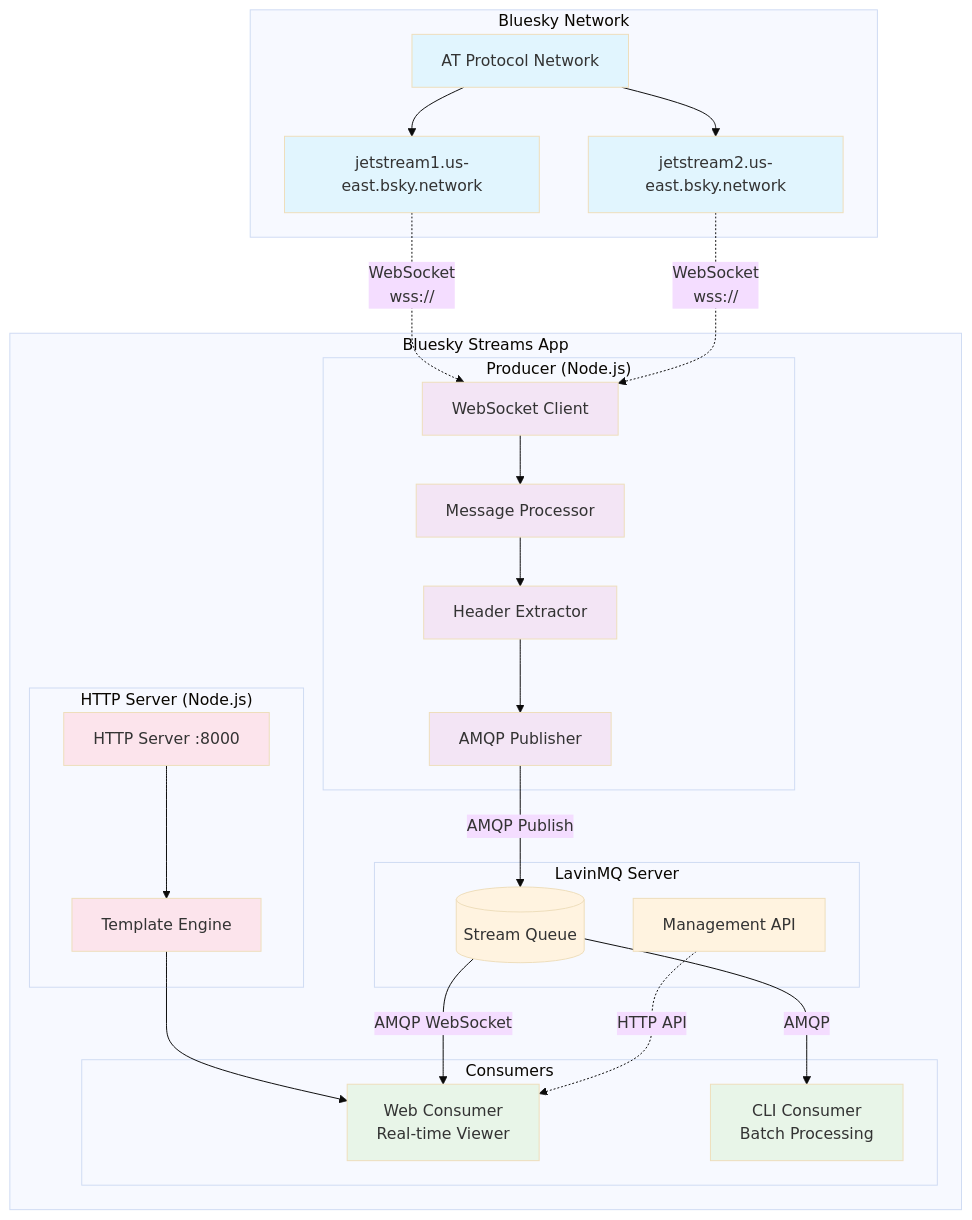
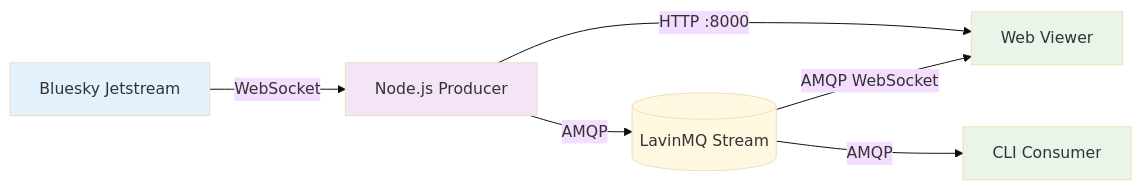
One commit to jage/bluesky-jetstream-to-lavinmq changed the diagram in README.md. Above: the diagram before and after it, drawn with Mermaid (base theme). The commit also changed other lines of this file, not shown here.

Commit message:
Simplify mermaid graph

````diff
--- a/README.md
+++ b/README.md
@@ -10,63 +10,19 @@
 ```mermaid
-graph TB
-    subgraph "Bluesky Network"
-        ATProto[AT Protocol Network]
-        Jetstream1[jetstream1.us-east.bsky.network]
-        Jetstream2[jetstream2.us-east.bsky.network]
-        ATProto --> Jetstream1
-        ATProto --> Jetstream2
-    end
-
-    subgraph "Bluesky Streams App"
-        subgraph "Producer (Node.js)"
-            WSClient[WebSocket Client]
-            MessageProcessor[Message Processor]
-            HeaderExtractor[Header Extractor]
-            AMQPPublisher[AMQP Publisher]
-        end
-        
-        subgraph "LavinMQ Server"
-            Queue[(Stream Queue)]
-            Management[Management API]
-        end
-        
-        subgraph "HTTP Server (Node.js)"
-            HTTPServer[HTTP Server :8000]
-            TemplateEngine[Template Engine]
-        end
-        
-        subgraph "Consumers"
-            WebConsumer[Web Consumer<br/>Real-time Viewer]
-            CLIConsumer[CLI Consumer<br/>Batch Processing]
-        end
-    end
-    
-    %% Data Flow
-    Jetstream1 -.->|WebSocket<br/>wss://| WSClient
-    Jetstream2 -.->|WebSocket<br/>wss://| WSClient
-    
-    WSClient --> MessageProcessor
-    MessageProcessor --> HeaderExtractor
-    HeaderExtractor --> AMQPPublisher
-    AMQPPublisher -->|AMQP Publish| Queue
-    
-    HTTPServer --> TemplateEngine
-    TemplateEngine --> WebConsumer
-    
-    Queue -->|AMQP WebSocket| WebConsumer
-    Queue -->|AMQP| CLIConsumer
-    Management -.->|HTTP API| WebConsumer
+graph LR
+    Bluesky[Bluesky Jetstream] -->|WebSocket| Producer[Node.js Producer]
+    Producer -->|AMQP| LavinMQ[(LavinMQ Stream)]
+    LavinMQ -->|AMQP WebSocket| WebViewer[Web Viewer]
+    LavinMQ -->|AMQP| CLIConsumer[CLI Consumer]
+    Producer -->|HTTP :8000| WebViewer
     
     %% Styling
-    classDef external fill:#e1f5fe
-    classDef producer fill:#f3e5f5
-    classDef storage fill:#fff3e0
+    classDef external fill:#e3f2fd
+    classDef app fill:#f3e5f5
+    classDef storage fill:#fff8e1
     classDef consumer fill:#e8f5e8
-    classDef server fill:#fce4ec
     
-    class ATProto,Jetstream1,Jetstream2 external
-    class WSClient,MessageProcessor,HeaderExtractor,AMQPPublisher producer
-    class Queue,Management storage
-    class WebConsumer,CLIConsumer consumer
-    class HTTPServer,TemplateEngine server
+    class Bluesky external
+    class Producer app
+    class LavinMQ storage
+    class WebViewer,CLIConsumer consumer
 ```
````
